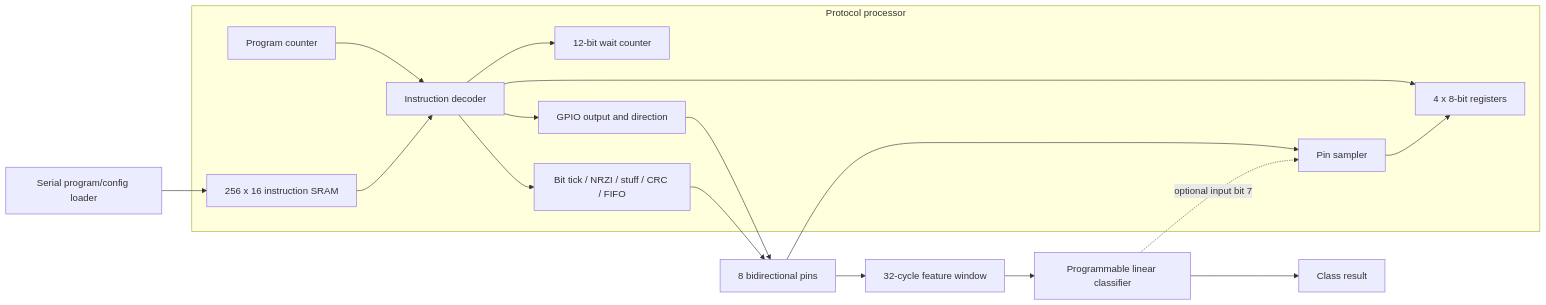
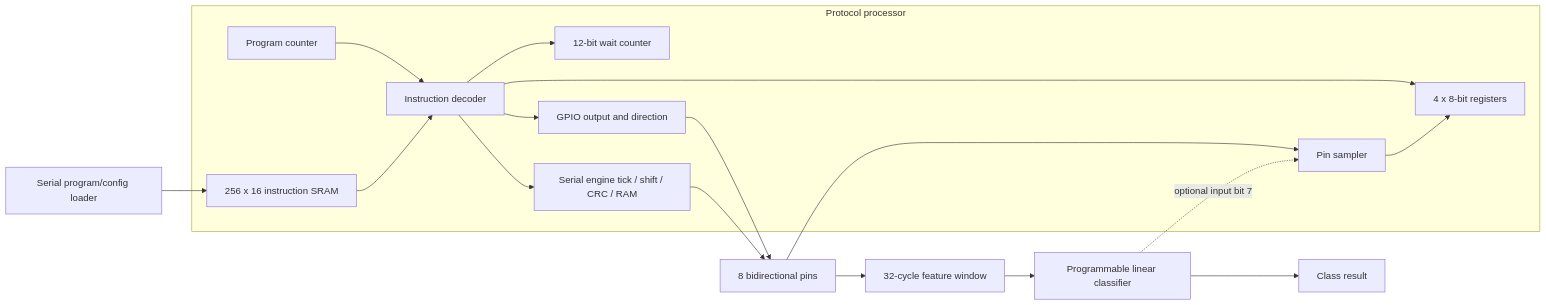
One commit to dhruvauppaluri/Dhruva-Uppaluri-JaneStreetASIC changed the diagram in README.md. Above: the diagram before and after it, drawn with Mermaid. The commit also changed other lines of this file and 25 other files, not shown here.

First line of the commit message:
feat: on-die USB SIE and RMII-10 MAC via shared serial engine

````diff
--- a/README.md
+++ b/README.md
@@ -70,23 +75,23 @@
 ```mermaid
 flowchart LR
     Host[Serial program/config loader] --> IMEM[256 x 16 instruction SRAM]
 
     subgraph CPU[Protocol processor]
         PC[Program counter] --> Decode[Instruction decoder]
         IMEM --> Decode
         Decode --> Timer[12-bit wait counter]
         Decode --> Regs[4 x 8-bit registers]
         Decode --> GPIO[GPIO output and direction]
-        Decode --> Assist[Bit tick / NRZI / stuff / CRC / FIFO]
+        Decode --> Assist[Serial engine tick / shift / CRC / RAM]
         Inputs[Pin sampler] --> Regs
     end
 
     Pins[8 bidirectional pins] --> Inputs
     GPIO --> Pins
     Assist --> Pins
 
     Pins --> Features[32-cycle feature window]
     Features --> Classifier[Programmable linear classifier]
     Classifier --> Status[Class result]
     Classifier -. optional input bit 7 .-> Inputs
 ```
````
